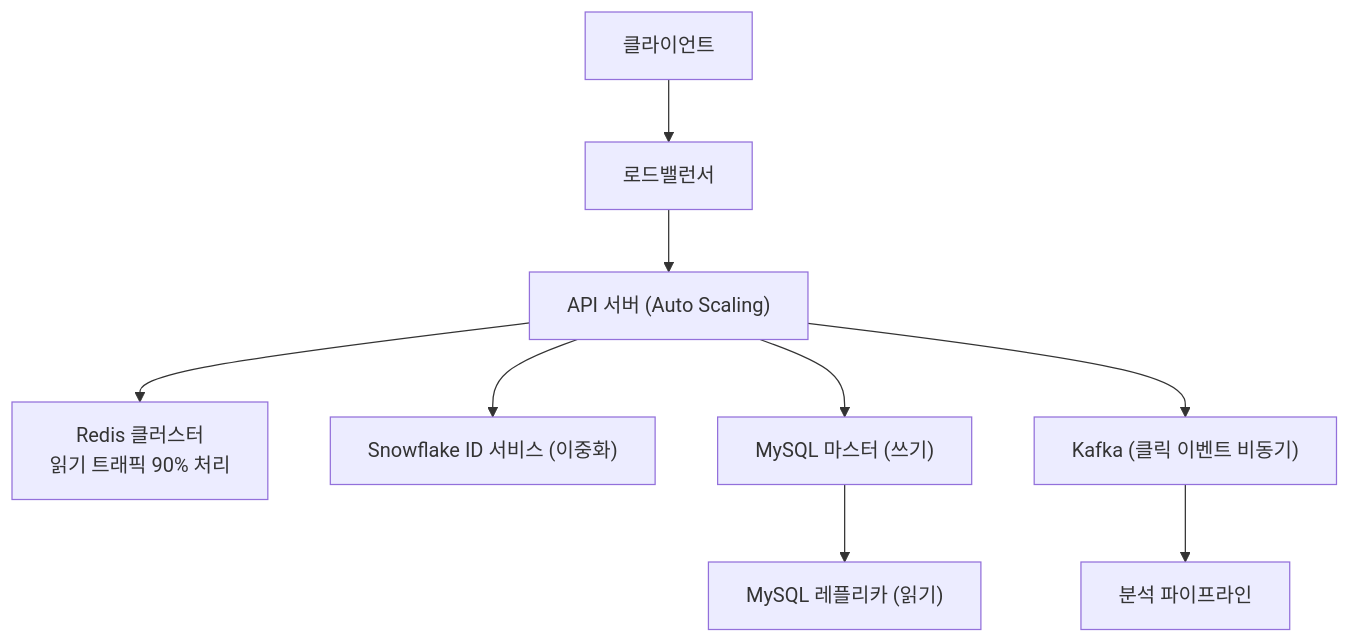
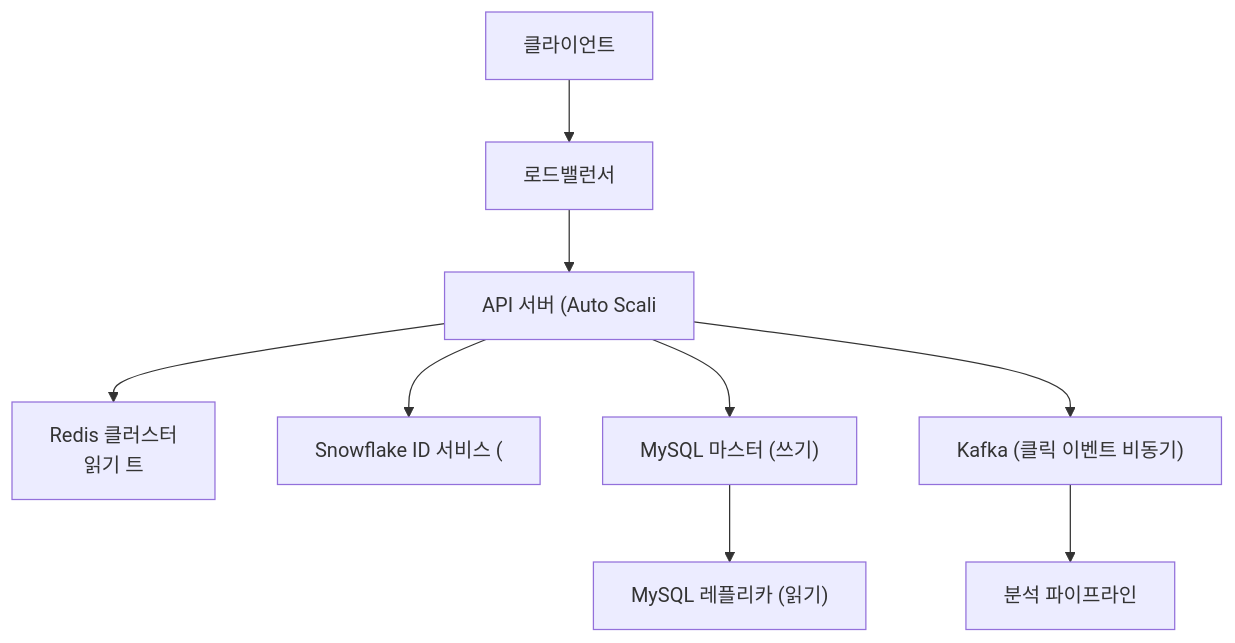
Before and after one commit to yjkim2015/yjkim2015.github.io: the second of 8 diagrams in _posts/systemdesign/2026-05-02-system-design-url-shortener.md, drawn with Mermaid. The commit also changed other lines of this file and 271 other files, not shown here.

First line of the commit message:
Mermaid 라벨 축소: 긴 노드 텍스트 18자 이하로 트림 + \n 제거

````diff
--- a/_posts/systemdesign/2026-05-02-system-design-url-shortener.md
+++ b/_posts/systemdesign/2026-05-02-system-design-url-shortener.md
@@ -110,11 +110,11 @@
 ```mermaid
 graph TD
     Client["클라이언트"] --> LB["로드밸런서"]
-    LB --> API["API 서버 (Auto Scaling)"]
-    API --> Cache["Redis 클러스터<br>읽기 트래픽 90% 처리"]
-    API --> IDService["Snowflake ID 서비스 (이중화)"]
+    LB --> API["API 서버 (Auto Scali"]
+    API --> Cache["Redis 클러스터<br>읽기 트"]
+    API --> IDService["Snowflake ID 서비스 ("]
     API --> DB_W["MySQL 마스터 (쓰기)"]
     DB_W --> DB_R["MySQL 레플리카 (읽기)"]
     API --> Kafka["Kafka (클릭 이벤트 비동기)"]
     Kafka --> Analytics["분석 파이프라인"]
 ```
````
